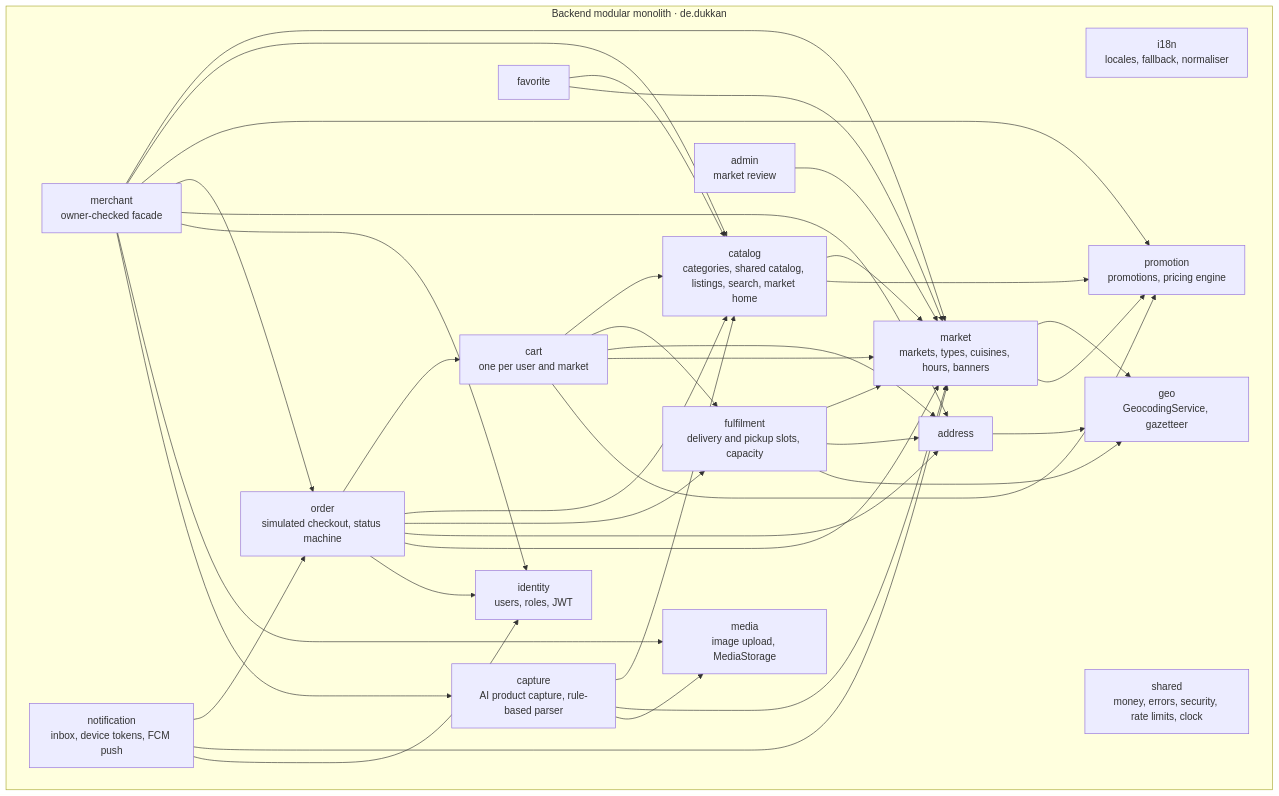
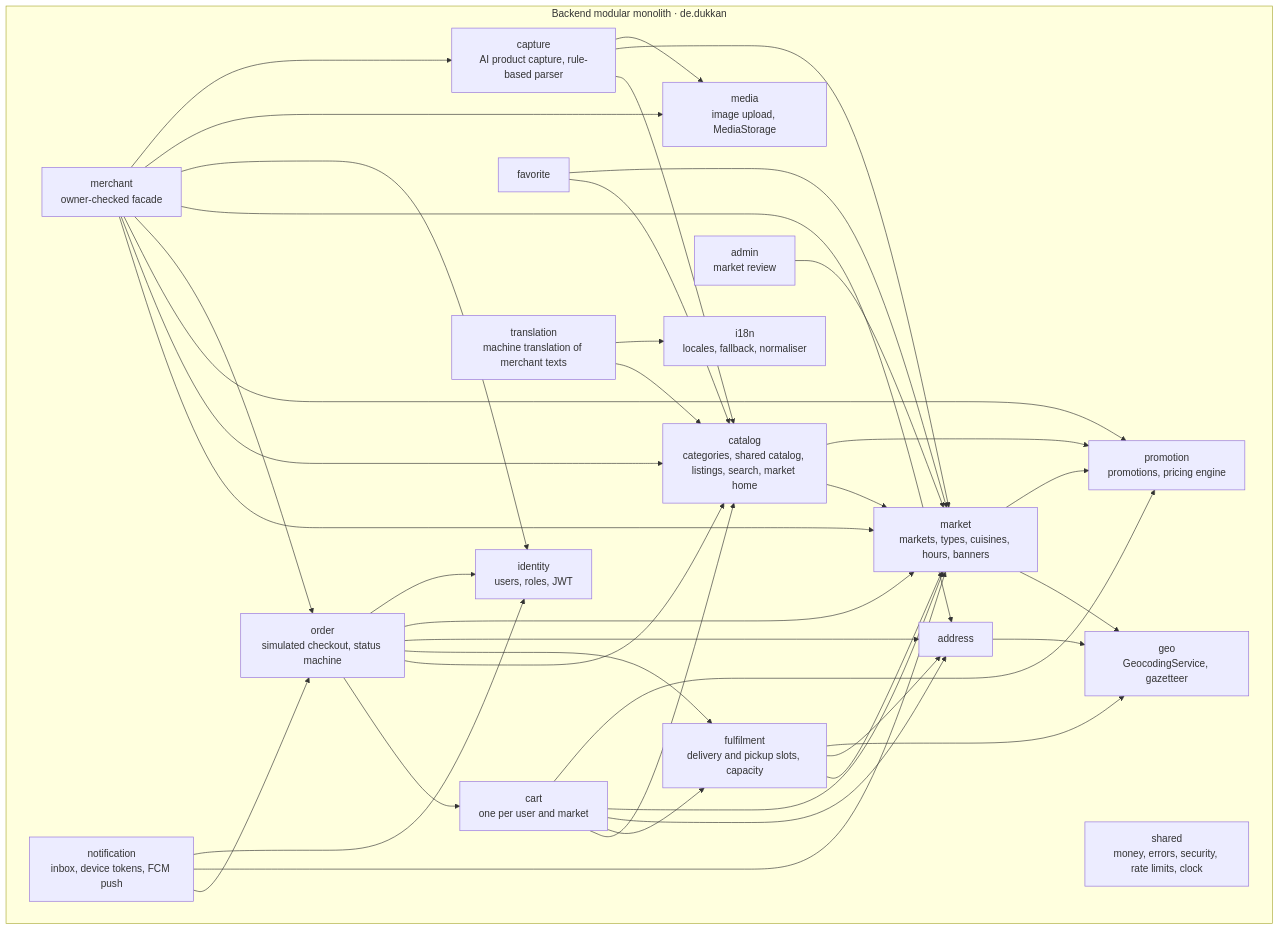
One commit to uptonext-org/dukkan changed the diagram in docs/architecture/diagrams/backend-modules.mmd. Above: the diagram before and after it, drawn with Mermaid. The commit also changed 38 other files, not shown here.

First line of the commit message:
B-38: machine translation of merchant texts

```diff
--- a/docs/architecture/diagrams/backend-modules.mmd
+++ b/docs/architecture/diagrams/backend-modules.mmd
@@ -1,56 +1,59 @@
 flowchart TB
   subgraph backend[Backend modular monolith · de.dukkan]
     i18n[i18n<br/>locales, fallback, normaliser]
     geo[geo<br/>GeocodingService, gazetteer]
     identity[identity<br/>users, roles, JWT]
     market[market<br/>markets, types, cuisines, hours, banners]
     promotion[promotion<br/>promotions, pricing engine]
     catalog[catalog<br/>categories, shared catalog, listings, search, market home]
     address[address]
     fulfilment[fulfilment<br/>delivery and pickup slots, capacity]
     cart[cart<br/>one per user and market]
     order[order<br/>simulated checkout, status machine]
     favorite[favorite]
     merchant[merchant<br/>owner-checked facade]
     admin[admin<br/>market review]
     media[media<br/>image upload, MediaStorage]
     capture[capture<br/>AI product capture, rule-based parser]
+    translation[translation<br/>machine translation of merchant texts]
     notification[notification<br/>inbox, device tokens, FCM push]
     shared[shared<br/>money, errors, security, rate limits, clock]
   end
   address --> geo
   market --> geo
   market --> promotion
   catalog --> market
   catalog --> promotion
   fulfilment --> market
   fulfilment --> address
   fulfilment --> geo
   cart --> catalog
   cart --> fulfilment
   cart --> address
   cart --> market
   cart --> promotion
   order --> cart
   order --> catalog
   order --> fulfilment
   order --> address
   order --> market
   order --> identity
   favorite --> catalog
   favorite --> market
   merchant --> market
   merchant --> catalog
   merchant --> promotion
   merchant --> order
   merchant --> address
   merchant --> identity
   merchant --> media
   merchant --> capture
   capture --> catalog
   capture --> market
   capture --> media
+  translation --> catalog
+  translation --> i18n
   admin --> market
   notification --> order
   notification --> market
   notification --> identity
```
